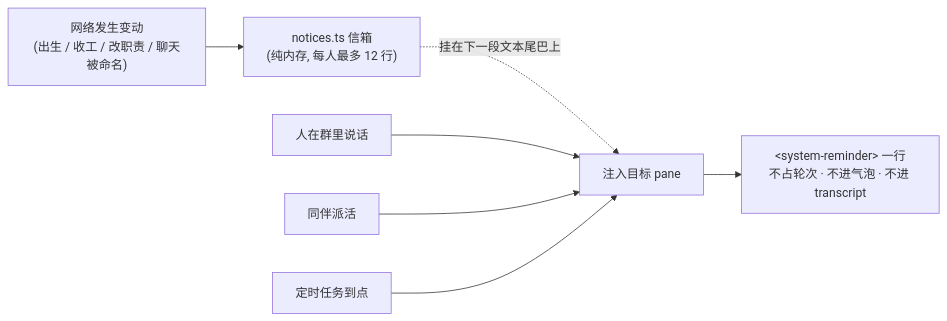
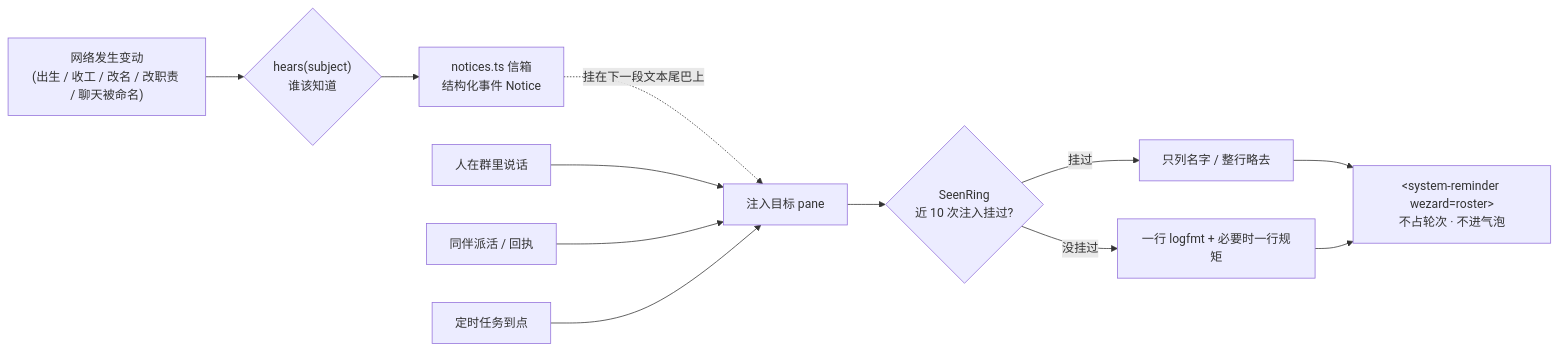
Before and after one commit to guxi11/wezard: the eighth of 16 diagrams in 技术说明.md, drawn with Mermaid. The commit also changed other lines of this file and 5 other files, not shown here.

First line of the commit message:
docs: README 换 hero 与镜像配图, 按 2.3–2.4 的变更更新 README / 技术说明 / 审批配置

````diff
--- a/技术说明.md
+++ b/技术说明.md
@@ -240,9 +243,14 @@
 ```mermaid
 flowchart LR
-    ev["网络发生变动<br/>(出生 / 收工 / 改职责 / 聊天被命名)"] --> box["notices.ts 信箱<br/>(纯内存, 每人最多 12 行)"]
+    ev["网络发生变动<br/>(出生 / 收工 / 改名 / 改职责 / 聊天被命名)"] --> hears{"hears(subject)<br/>谁该知道"}
+    hears --> box["notices.ts 信箱<br/>结构化事件 Notice"]
     box -.挂在下一段文本尾巴上.-> inj
     human["人在群里说话"] --> inj["注入目标 pane"]
-    peer["同伴派活"] --> inj
+    peer["同伴派活 / 回执"] --> inj
     cron["定时任务到点"] --> inj
-    inj --> sr["&lt;system-reminder&gt; 一行<br/>不占轮次 · 不进气泡 · 不进 transcript"]
+    inj --> seen{"SeenRing<br/>近 10 次注入挂过?"}
+    seen -- "挂过" --> short["只列名字 / 整行略去"]
+    seen -- "没挂过" --> full["一行 logfmt + 必要时一行规矩"]
+    short --> sr["&lt;system-reminder wezard=roster&gt;<br/>不占轮次 · 不进气泡"]
+    full --> sr
 ```
````
